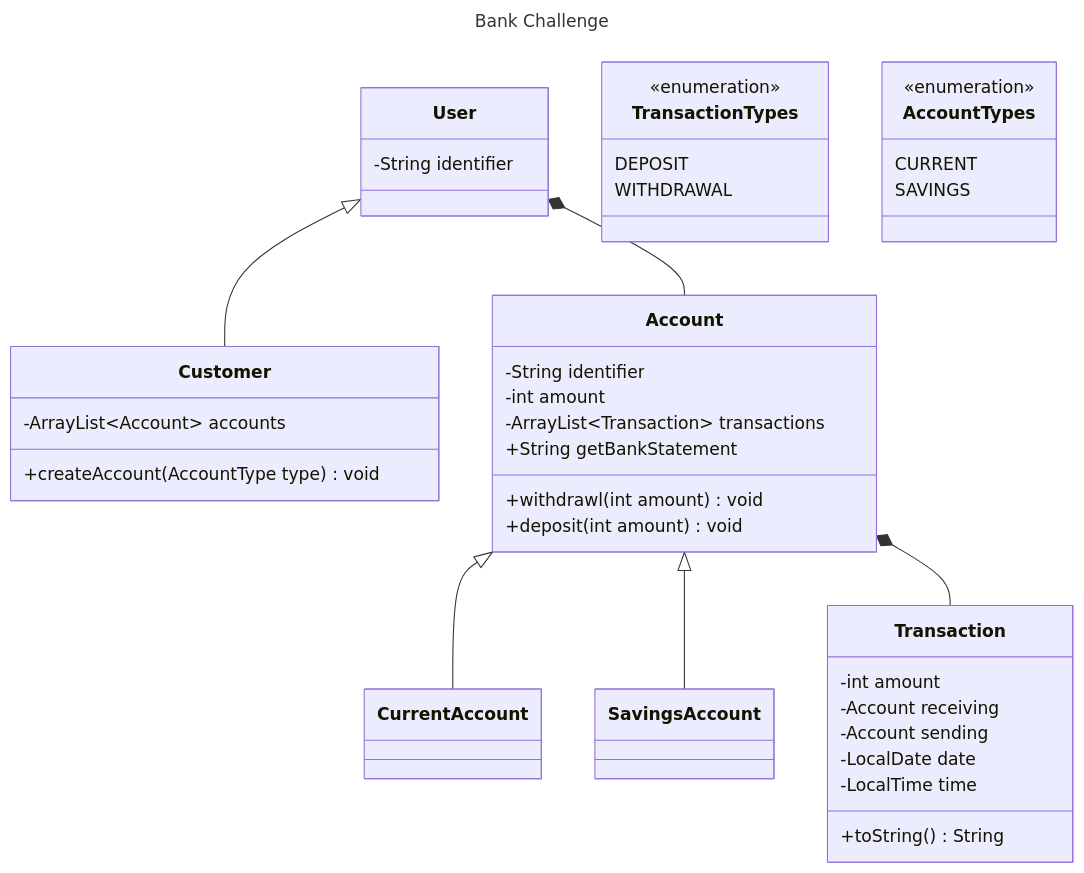
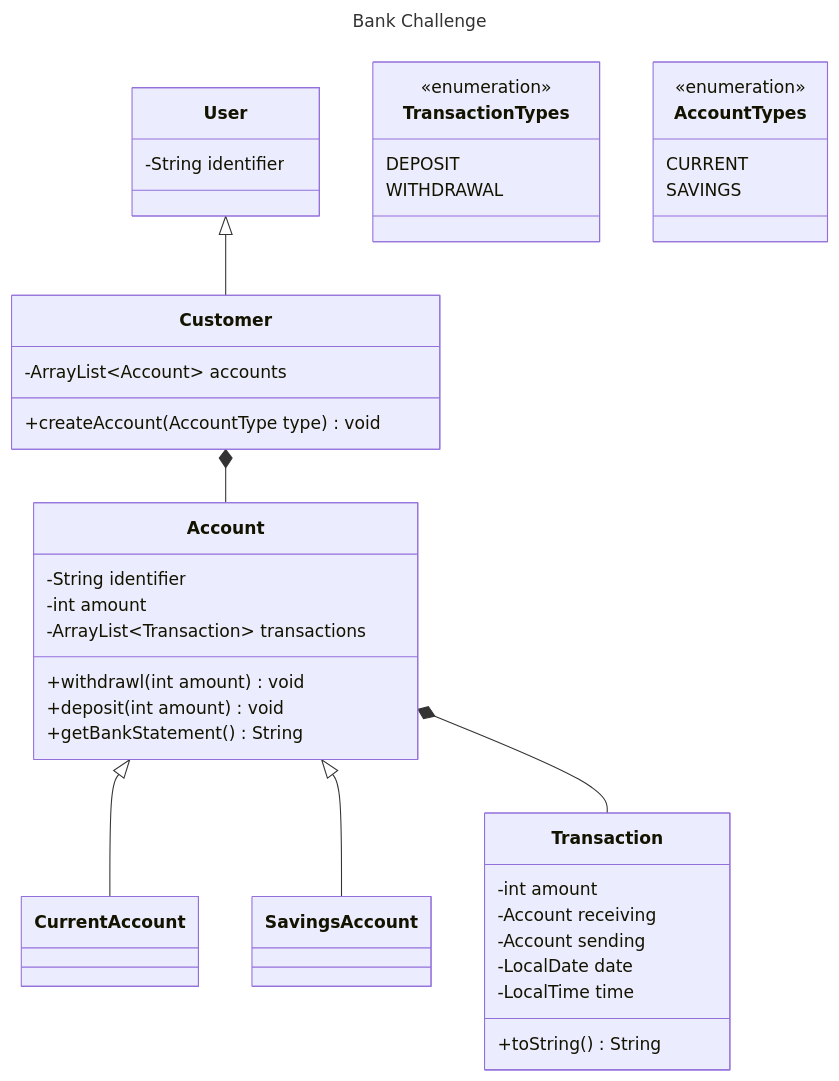
The diagram in class-diagram.mmd (boolean-uk/java-tdd-oop-bank-challenge), drawn with Mermaid before and after one commit. The commit also changed 15 other files, not shown here.

```diff
--- a/class-diagram.mmd
+++ b/class-diagram.mmd
@@ -1,53 +1,53 @@
 ---
 title: Bank Challenge
 ---
 classDiagram
     User <|-- Customer
-    User *-- Account
+    Customer *-- Account
 
     Account <|-- CurrentAccount
     Account <|-- SavingsAccount
     Account *-- Transaction
     class User{
         -String identifier
     }
     class Customer{
         -ArrayList~Account~ accounts
         +createAccount(AccountType type) void
     }
     class Account{
         -String identifier
         -int amount
         -ArrayList~Transaction~ transactions
         +withdrawl(int amount) void
         +deposit(int amount) void
-        +String getBankStatement
+        +getBankStatement() String
 
     }
     class CurrentAccount{
 
     }
     class SavingsAccount{
 
     }
     class Transaction{
         -int amount
         -Account receiving
         -Account sending
         -LocalDate date
         -LocalTime time
         +toString() String
     }
 
 
     class TransactionTypes{
         DEPOSIT
         WITHDRAWAL
 
     }
     <<enumeration>> TransactionTypes
     class AccountTypes{
         CURRENT
         SAVINGS
     }
     <<enumeration>> AccountTypes
```
